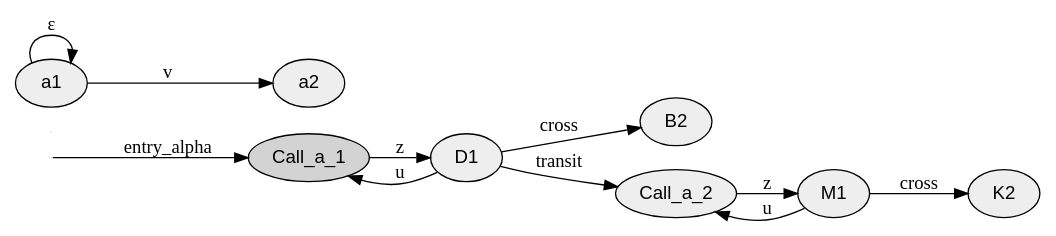
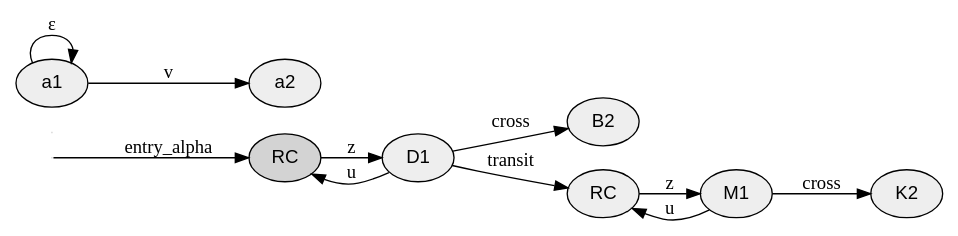
The diagram in graph representation of factorization/rtn_sketch.dot (katsmil/dfa-to-fdfa), drawn with Graphviz before and after one commit. The commit also changed 2 other files, not shown here.

```diff
--- a/graph representation of factorization/rtn_sketch.dot
+++ b/graph representation of factorization/rtn_sketch.dot
@@ -1,35 +1,39 @@
 digraph G {
-  rankdir=LR;
-  node [fontname="Arial", style=filled]; // Standaard stijl voor alle knopen
-
-  __start0 [label="" shape=none width=0 height=0];
-  __start0 -> a_B1 [label="entry_alpha"];
-  
-  __start1 [label="" shape=none width=0 height=0];
-
-  // --- REGIO 1 (Grijze tint) ---
-  node [fillcolor="#eeeeee"]; 
-  a_B1 [label="Call_a_1"]; a_D1 [label="D1"];
-  a_B2 [label="B2"]; 
-
-  a_B1 -> a_D1 [label="z"];
-  a_D1 -> a_B1 [label="u"];
-  
-  a_D1 -> a_B2 [label="cross"];
-  a_D1 -> a_K1 [label="transit"];
-  
-  // --- REGIO 2 (Grijze tint) ---
-  node [fillcolor="#eeeeee"]; 
-  a_K1 [label="Call_a_2"]; a_M1 [label="M1"];
-  a_K2 [label="K2"]; 
-
-  a_K1 -> a_M1 [label="z"];
-  a_M1 -> a_K1 [label="u"];
-  
-  a_M1 -> a_K2 [label="cross"];
-  
-  // --- SubAutomaton ---
-  a1 [label="a1"]; a2 [label="a2"];
-  a1 -> a1 [label="ε"];
-  a1 -> a2 [label="v"]
+    rankdir = LR;
+    node [fontname="Arial", style=filled];
+    // Standaard stijl voor alle knopen
+    
+    __start0 [label="", shape=none, width=0, height=0];
+    __start0 -> a_B1 [label="entry_alpha"];
+    
+    __start1 [label="", shape=none, width=0, height=0];
+    
+    // --- REGIO 1 (Grijze tint) ---
+    node [fillcolor="#eeeeee"];
+    a_B1 [label="RC"];
+    a_D1 [label="D1"];
+    a_B2 [label="B2"];
+    
+    a_B1 -> a_D1 [label="z"];
+    a_D1 -> a_B1 [label="u"];
+    
+    a_D1 -> a_B2 [label="cross"];
+    a_D1 -> a_K1 [label="transit"];
+    
+    // --- REGIO 2 (Grijze tint) ---
+    node [fillcolor="#eeeeee"];
+    a_K1 [label="RC"];
+    a_M1 [label="M1"];
+    a_K2 [label="K2"];
+    
+    a_K1 -> a_M1 [label="z"];
+    a_M1 -> a_K1 [label="u"];
+    
+    a_M1 -> a_K2 [label="cross"];
+    
+    // --- SubAutomaton ---
+    a1 [label="a1"];
+    a2 [label="a2"];
+    a1 -> a1 [label="ε"];
+    a1 -> a2 [label="v"];
 }
```
